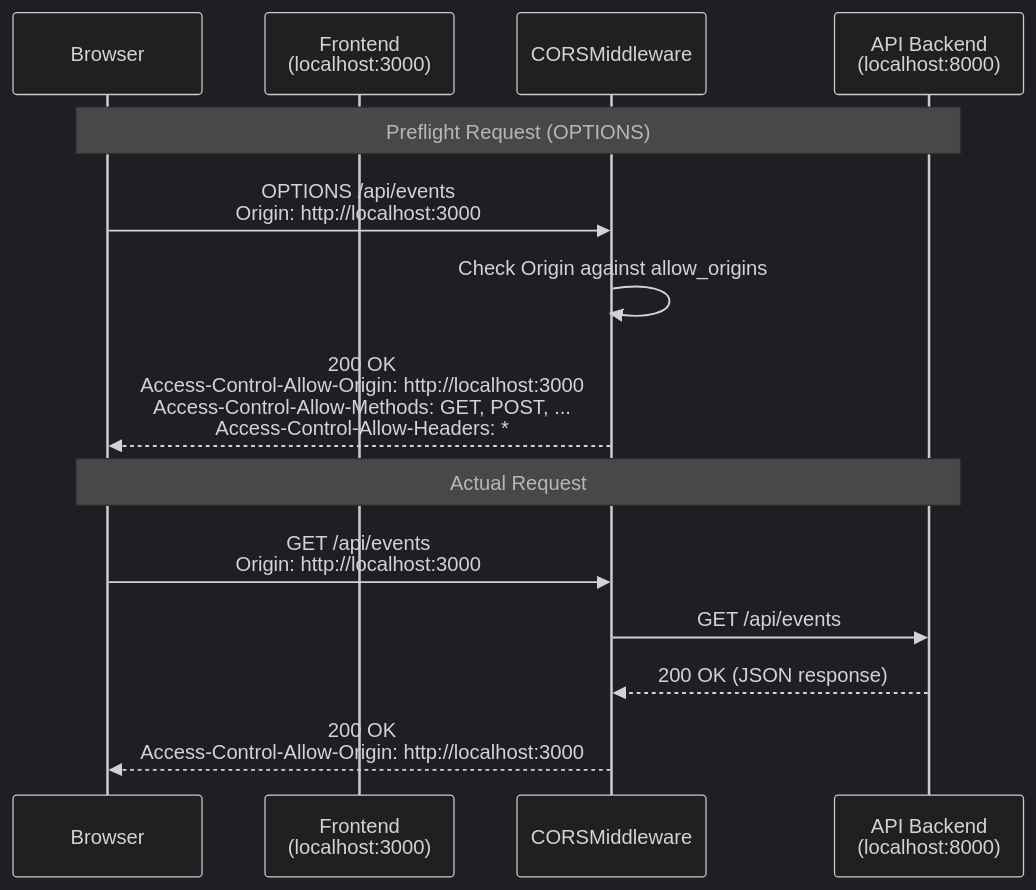
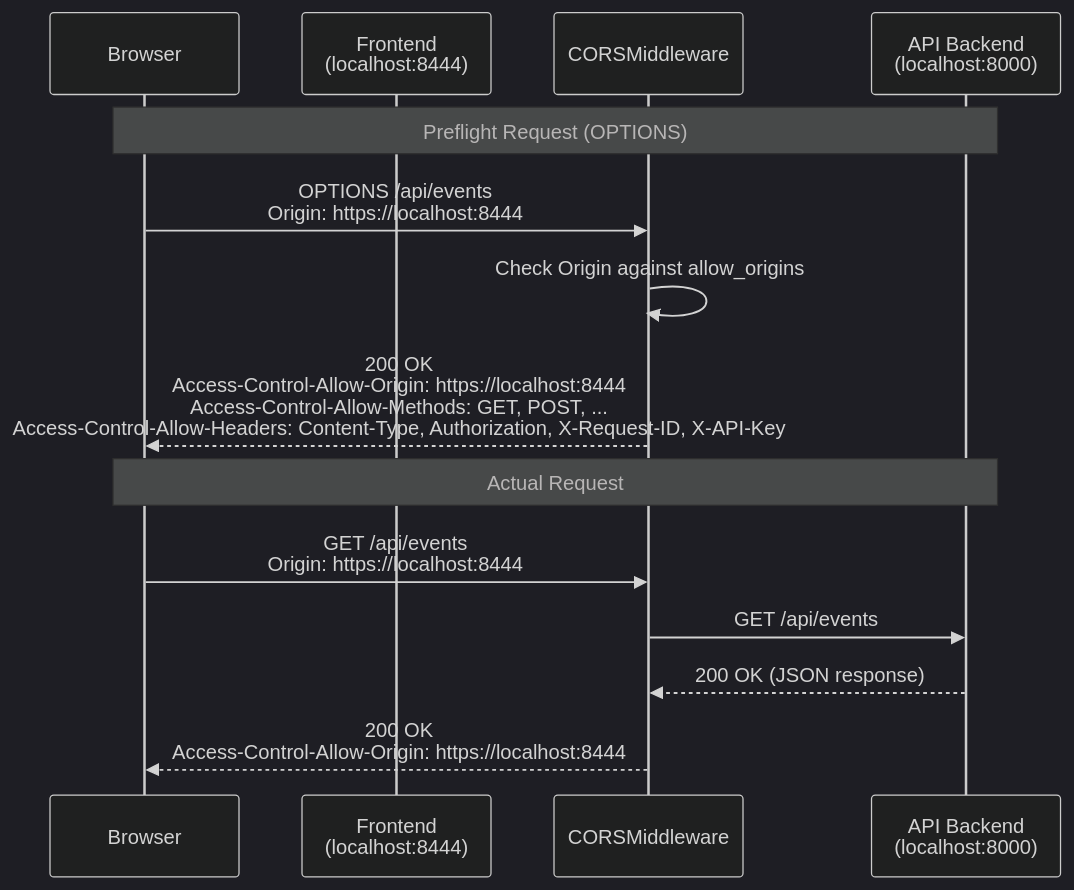
Before and after one commit to mikesvoboda/nemotron-v3-home-security-intelligence: the diagram in docs/architecture/middleware/cors-configuration.md, drawn with Mermaid (dark theme). The commit also changed other lines of this file and 313 other files, not shown here.

````diff
--- a/docs/architecture/middleware/cors-configuration.md
+++ b/docs/architecture/middleware/cors-configuration.md
@@ -19,18 +19,18 @@
 ```mermaid
 sequenceDiagram
     participant Browser
-    participant Frontend as Frontend<br/>(localhost:3000)
+    participant Frontend as Frontend<br/>(localhost:8444)
     participant CORS as CORSMiddleware
     participant API as API Backend<br/>(localhost:8000)
 
     Note over Browser,API: Preflight Request (OPTIONS)
-    Browser->>CORS: OPTIONS /api/events<br/>Origin: http://localhost:3000
+    Browser->>CORS: OPTIONS /api/events<br/>Origin: https://localhost:8444
     CORS->>CORS: Check Origin against allow_origins
-    CORS-->>Browser: 200 OK<br/>Access-Control-Allow-Origin: http://localhost:3000<br/>Access-Control-Allow-Methods: GET, POST, ...<br/>Access-Control-Allow-Headers: *
+    CORS-->>Browser: 200 OK<br/>Access-Control-Allow-Origin: https://localhost:8444<br/>Access-Control-Allow-Methods: GET, POST, ...<br/>Access-Control-Allow-Headers: Content-Type, Authorization, X-Request-ID, X-API-Key
 
     Note over Browser,API: Actual Request
-    Browser->>CORS: GET /api/events<br/>Origin: http://localhost:3000
+    Browser->>CORS: GET /api/events<br/>Origin: https://localhost:8444
     CORS->>API: GET /api/events
     API-->>CORS: 200 OK (JSON response)
-    CORS-->>Browser: 200 OK<br/>Access-Control-Allow-Origin: http://localhost:3000
+    CORS-->>Browser: 200 OK<br/>Access-Control-Allow-Origin: https://localhost:8444
 ```
````
